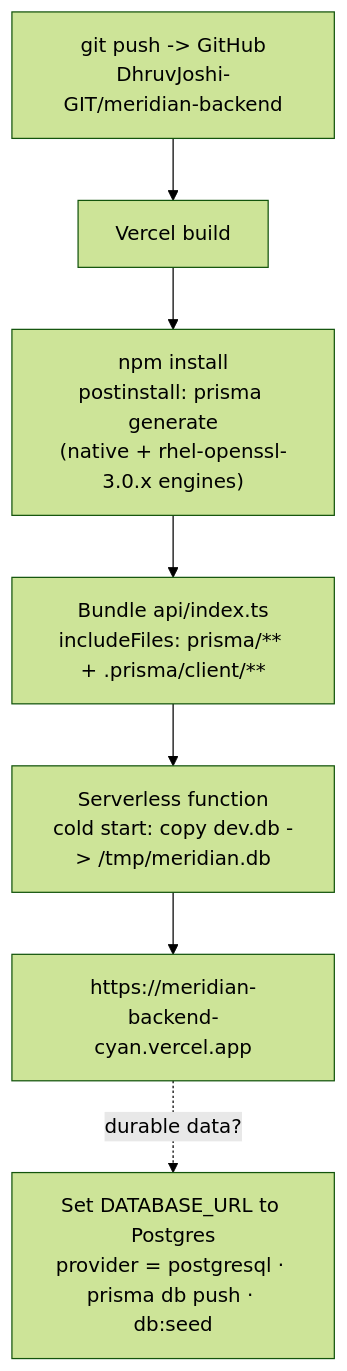
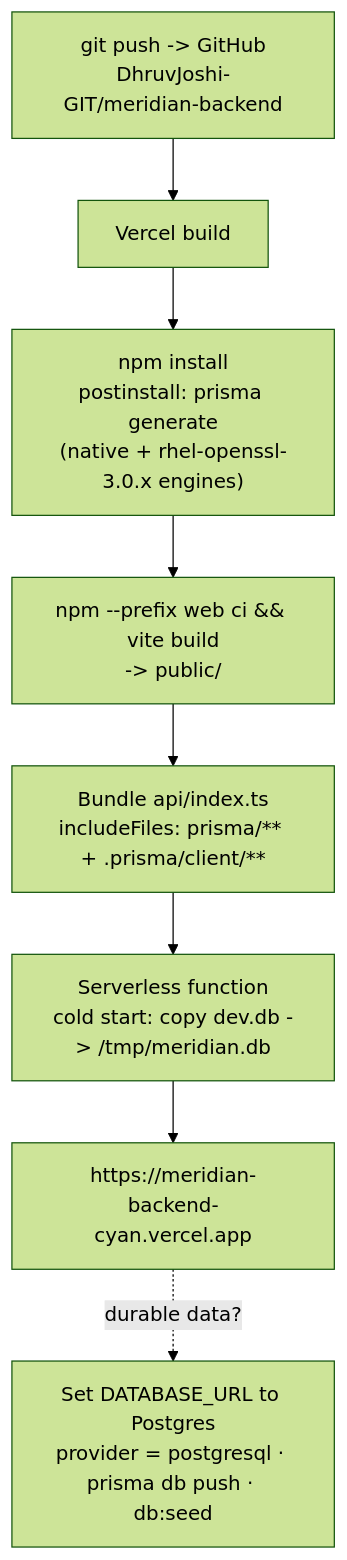
The fifth of 5 diagrams in README.md (DhruvJoshi-GIT/meridian-backend), drawn with Mermaid (forest theme) before and after one commit. The commit also changed other lines of this file and 29 other files, not shown here.

````diff
--- a/README.md
+++ b/README.md
@@ -175,9 +180,10 @@
 ```mermaid
 flowchart TD
     A["git push -> GitHub<br/>DhruvJoshi-GIT/meridian-backend"] --> B["Vercel build"]
     B --> C["npm install<br/>postinstall: prisma generate<br/>(native + rhel-openssl-3.0.x engines)"]
-    C --> D["Bundle api/index.ts<br/>includeFiles: prisma/** + .prisma/client/**"]
+    C --> C2["npm --prefix web ci && vite build<br/>-> public/"]
+    C2 --> D["Bundle api/index.ts<br/>includeFiles: prisma/** + .prisma/client/**"]
     D --> E["Serverless function<br/>cold start: copy dev.db -> /tmp/meridian.db"]
     E --> F["https://meridian-backend-cyan.vercel.app"]
     F -. "durable data?" .-> G["Set DATABASE_URL to Postgres<br/>provider = postgresql · prisma db push · db:seed"]
 ```
````
